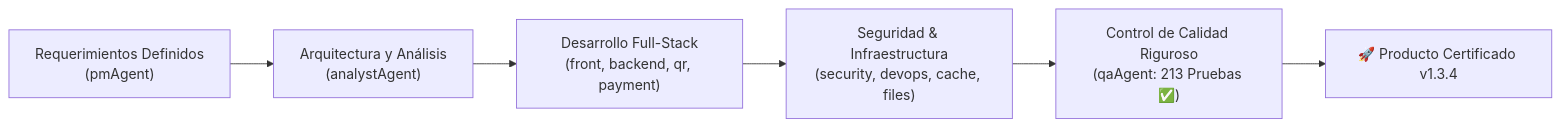
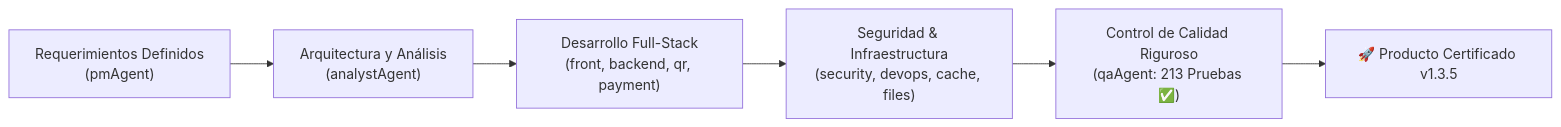
Before and after one commit to paolapaz202504/QRgenerator: the diagram in PROJECT_STATUS_QRGENERATOR.md, drawn with Mermaid. The commit also changed other lines of this file and 15 other files, not shown here.

````diff
--- a/PROJECT_STATUS_QRGENERATOR.md
+++ b/PROJECT_STATUS_QRGENERATOR.md
@@ -12,8 +12,8 @@
 ```mermaid
 flowchart LR
     A["Requerimientos Definidos\n(pmAgent)"] --> B["Arquitectura y Análisis\n(analystAgent)"]
     B --> C["Desarrollo Full-Stack\n(front, backend, qr, payment)"]
     C --> D["Seguridad & Infraestructura\n(security, devops, cache, files)"]
     D --> E["Control de Calidad Riguroso\n(qaAgent: 213 Pruebas ✅)"]
-    E --> F["🚀 Producto Certificado v1.3.4"]
+    E --> F["🚀 Producto Certificado v1.3.5"]
 ```
````
